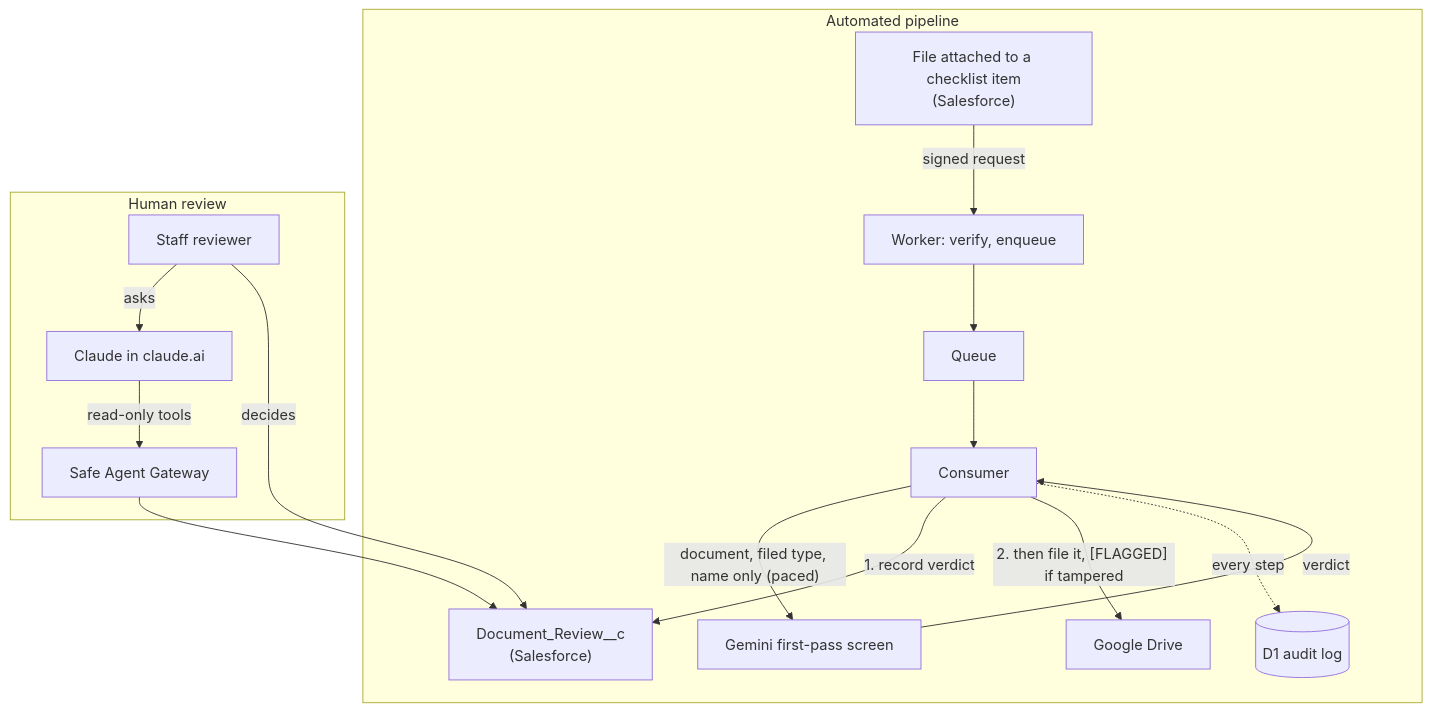
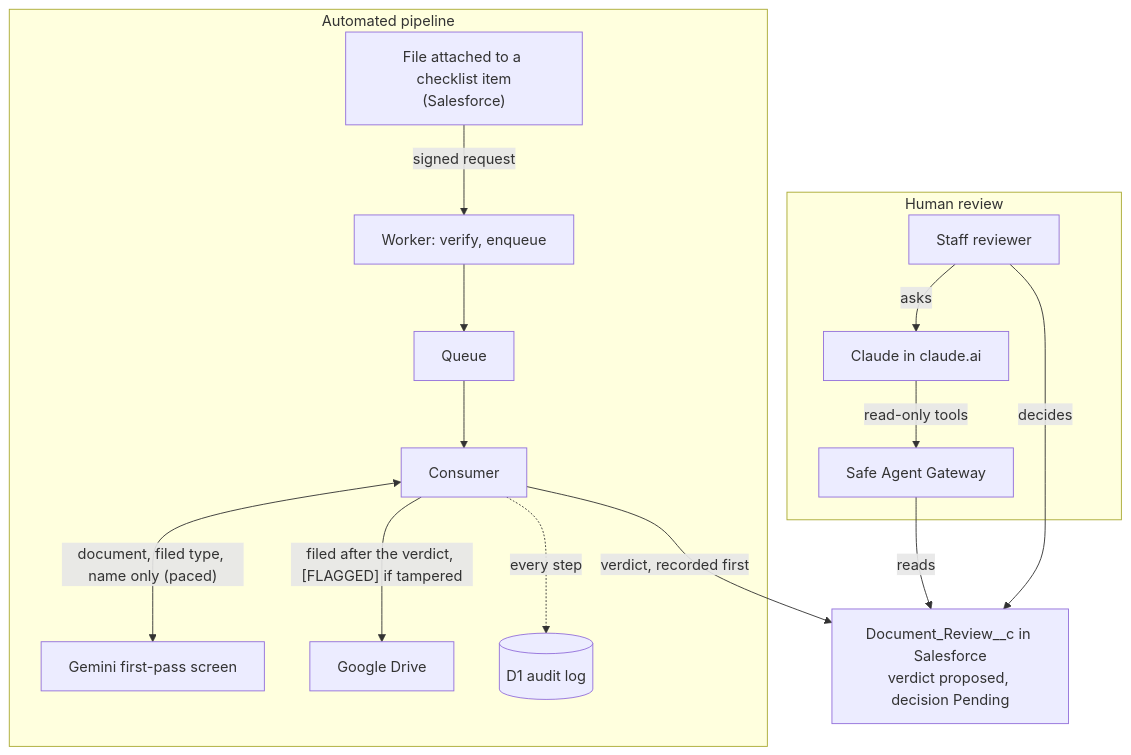
The diagram in README.md (LukeStuard/safe-document-intake), drawn with Mermaid before and after one commit.

Commit message:
README: diagram with the review record shared between pipeline and reviewer

````diff
--- a/README.md
+++ b/README.md
@@ -39,19 +39,18 @@
 ```mermaid
 flowchart TD
     subgraph pipeline["Automated pipeline"]
         A["File attached to a checklist item<br/>(Salesforce)"] -->|signed request| B["Worker: verify, enqueue"]
         B --> C["Queue"]
         C --> D["Consumer"]
-        D -->|"document, filed type, name only (paced)"| G["Gemini first-pass screen"]
-        G -->|verdict| D
-        D -->|"1. record verdict"| R["Document_Review__c<br/>(Salesforce)"]
-        D -->|"2. then file it, [FLAGGED] if tampered"| DR["Google Drive"]
+        D <-->|"document, filed type, name only (paced)"| G["Gemini first-pass screen"]
+        D -->|"filed after the verdict, [FLAGGED] if tampered"| DR["Google Drive"]
         D -.->|every step| L[("D1 audit log")]
     end
     subgraph review["Human review"]
         H["Staff reviewer"] -->|asks| CL["Claude in claude.ai"]
         CL -->|read-only tools| GW["Safe Agent Gateway"]
-        GW --> R
-        H -->|decides| R
     end
+    D -->|verdict, recorded first| R["Document_Review__c in Salesforce<br/>verdict proposed, decision Pending"]
+    GW -->|reads| R
+    H -->|decides| R
 ```
````
